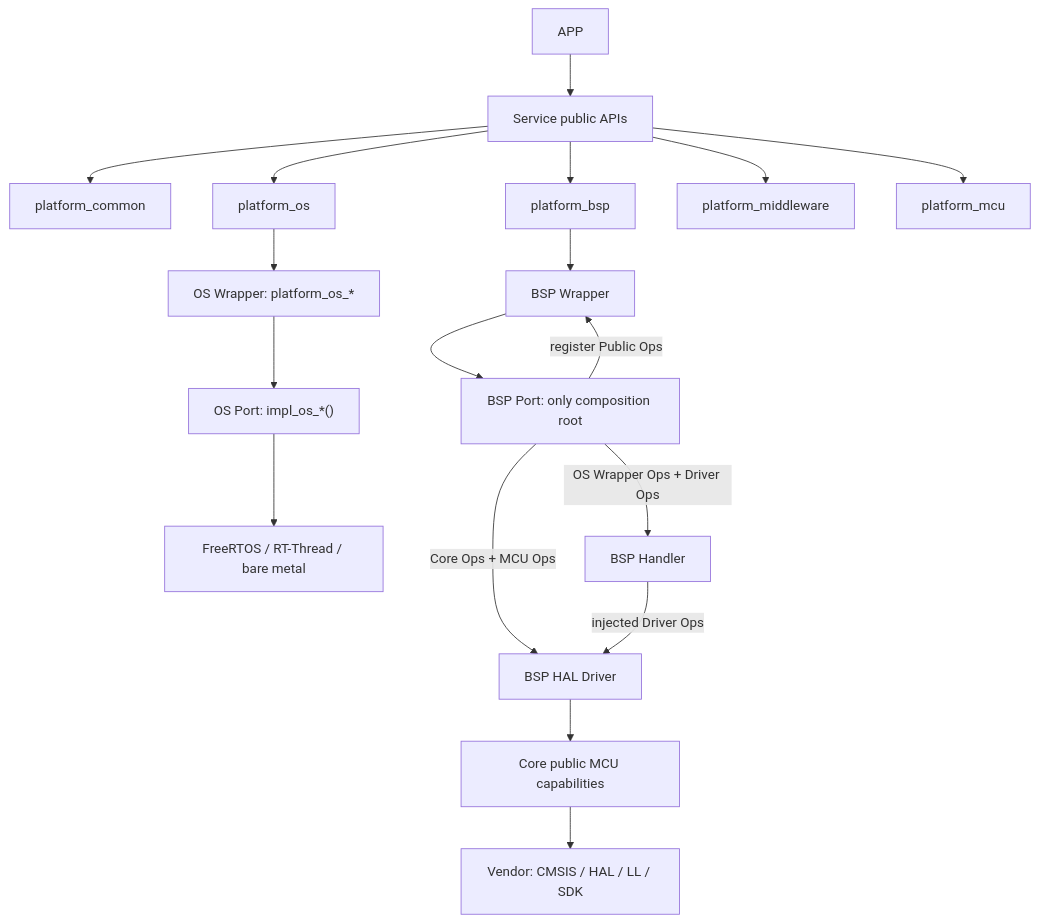
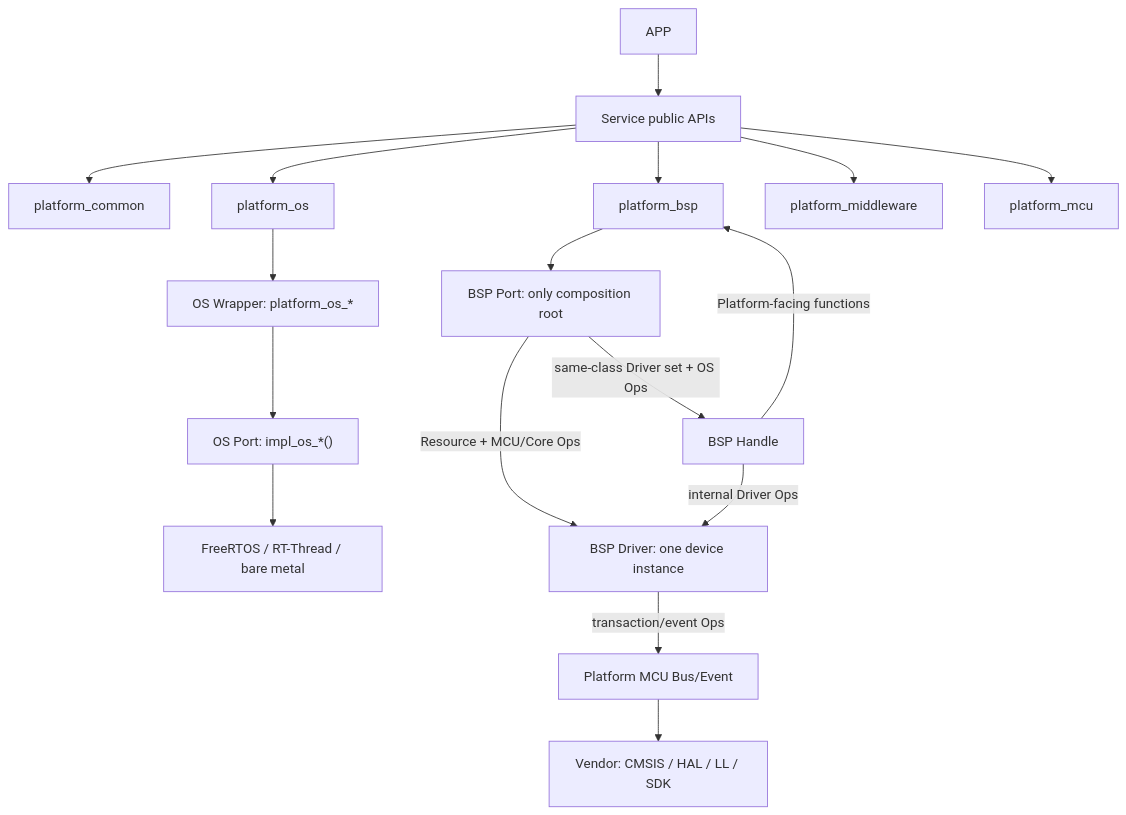
Before and after one commit to shuai-yemao/mcu-workbench: the diagram in skills/workflow/workflow-review-gate/references/software-architecture-knowledge-graph.md, drawn with Mermaid. The commit also changed other lines of this file and 28 other files, not shown here.

````diff
--- a/skills/workflow/workflow-review-gate/references/software-architecture-knowledge-graph.md
+++ b/skills/workflow/workflow-review-gate/references/software-architecture-knowledge-graph.md
@@ -7,20 +7,19 @@
 ```mermaid
 flowchart TD
     APP["APP"] --> SERVICE["Service public APIs"]
     SERVICE --> PC["platform_common"]
     SERVICE --> PO["platform_os"]
     SERVICE --> PB["platform_bsp"]
     SERVICE --> PM["platform_middleware"]
     SERVICE --> MCU["platform_mcu"]
     PO --> OW["OS Wrapper: platform_os_*"]
-    PB --> BW["BSP Wrapper"]
+    PB --> BP["BSP Port: only composition root"]
     OW --> OP["OS Port: impl_os_*()"]
     OP --> RT["FreeRTOS / RT-Thread / bare metal"]
-    BW --> BP["BSP Port: only composition root"]
-    BP -->|"Core Ops + MCU Ops"| BD["BSP HAL Driver"]
-    BP -->|"OS Wrapper Ops + Driver Ops"| BH["BSP Handler"]
-    BP -->|"register Public Ops"| BW
-    BH -->|"injected Driver Ops"| BD
-    BD --> CORE["Core public MCU capabilities"]
+    BP -->|"Resource + MCU/Core Ops"| BD["BSP Driver: one device instance"]
+    BP -->|"same-class Driver set + OS Ops"| BH["BSP Handle"]
+    BH -->|"internal Driver Ops"| BD
+    BH -->|"Platform-facing functions"| PB
+    BD -->|"transaction/event Ops"| CORE["Platform MCU Bus/Event"]
     CORE --> VENDOR["Vendor: CMSIS / HAL / LL / SDK"]
 ```
````
